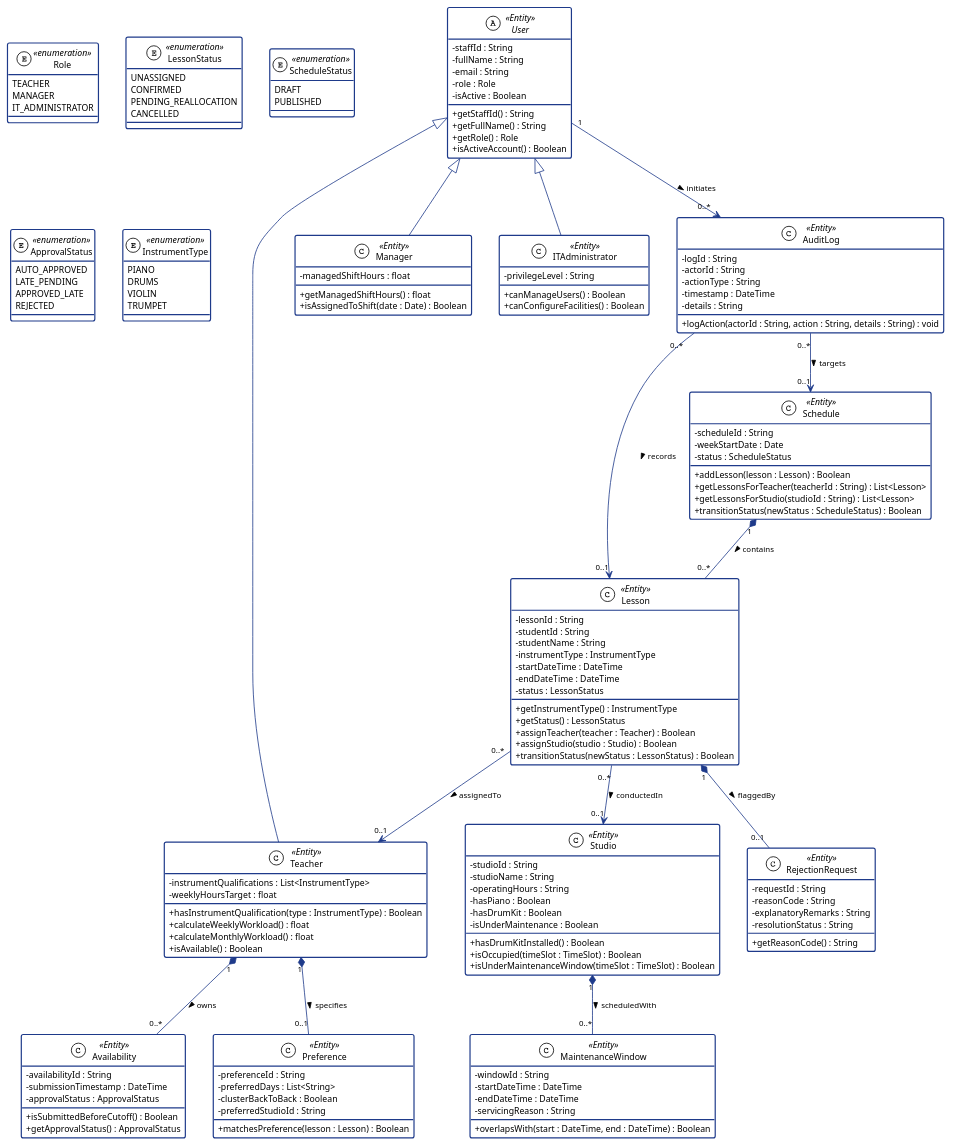
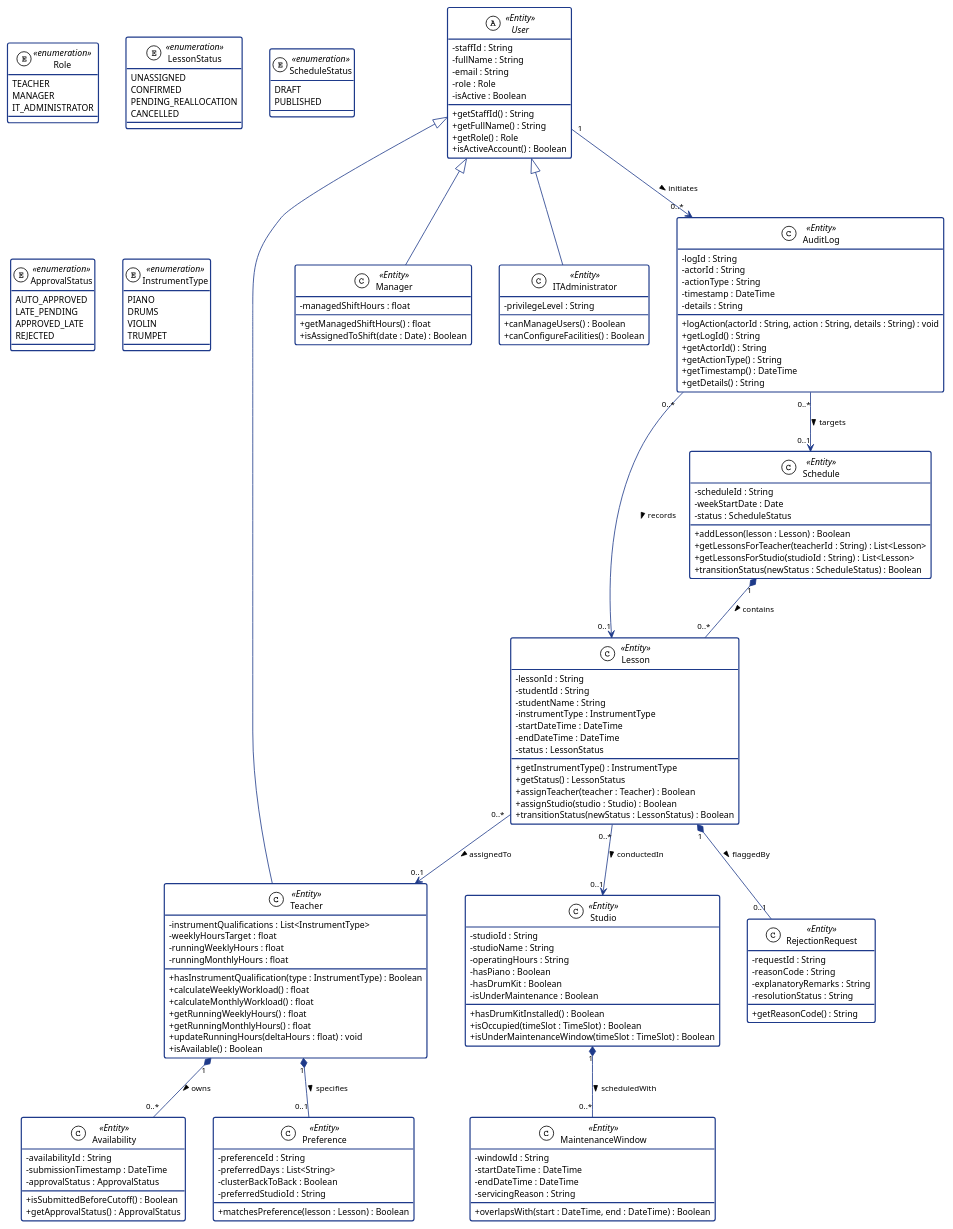
One commit to adoreblvnk/2001temp changed the diagram in report/assets/class_diagram_entities.puml. Above: the diagram before and after it, drawn with PlantUML. The commit also changed 11 other files, not shown here.

First line of the commit message:
feat(report): overhaul M1 requirements, diagrams, and traceability for A+ standard

```diff
--- a/report/assets/class_diagram_entities.puml
+++ b/report/assets/class_diagram_entities.puml
@@ -1,185 +1,195 @@
 @startuml class_diagram_entities
 !theme plain
 skinparam classAttributeIconSize 0
 skinparam shadowing false
 skinparam defaultFontName "Helvetica", "Arial", sans-serif
 skinparam defaultFontSize 11
 skinparam class {
     BackgroundColor #FFFFFF
     BorderColor #1E3A8A
     BorderThickness 1.5
 }
 skinparam arrow {
     Color #1E3A8A
     FontSize 10
 }
 skinparam enum {
     BackgroundColor #F8FAFC
     BorderColor #475569
 }
 
 ' ========== ENUMERATIONS ==========
 enum Role <<enumeration>> {
     TEACHER
     MANAGER
     IT_ADMINISTRATOR
 }
 
 enum LessonStatus <<enumeration>> {
     UNASSIGNED
     CONFIRMED
     PENDING_REALLOCATION
     CANCELLED
 }
 
 enum ScheduleStatus <<enumeration>> {
     DRAFT
     PUBLISHED
 }
 
 enum ApprovalStatus <<enumeration>> {
     AUTO_APPROVED
     LATE_PENDING
     APPROVED_LATE
     REJECTED
 }
 
 enum InstrumentType <<enumeration>> {
     PIANO
     DRUMS
     VIOLIN
     TRUMPET
 }
 
 ' ========== ENTITY CLASSES ==========
 abstract class User <<Entity>> {
     - staffId : String
     - fullName : String
     - email : String
     - role : Role
     - isActive : Boolean
     + getStaffId() : String
     + getFullName() : String
     + getRole() : Role
     + isActiveAccount() : Boolean
 }
 
 class Teacher <<Entity>> {
     - instrumentQualifications : List<InstrumentType>
     - weeklyHoursTarget : float
+    - runningWeeklyHours : float
+    - runningMonthlyHours : float
     + hasInstrumentQualification(type : InstrumentType) : Boolean
     + calculateWeeklyWorkload() : float
     + calculateMonthlyWorkload() : float
+    + getRunningWeeklyHours() : float
+    + getRunningMonthlyHours() : float
+    + updateRunningHours(deltaHours : float) : void
     + isAvailable() : Boolean
 }
 
 class Manager <<Entity>> {
     - managedShiftHours : float
     + getManagedShiftHours() : float
     + isAssignedToShift(date : Date) : Boolean
 }
 
 class ITAdministrator <<Entity>> {
     - privilegeLevel : String
     + canManageUsers() : Boolean
     + canConfigureFacilities() : Boolean
 }
 
 class Lesson <<Entity>> {
     - lessonId : String
     - studentId : String
     - studentName : String
     - instrumentType : InstrumentType
     - startDateTime : DateTime
     - endDateTime : DateTime
     - status : LessonStatus
     + getInstrumentType() : InstrumentType
     + getStatus() : LessonStatus
     + assignTeacher(teacher : Teacher) : Boolean
     + assignStudio(studio : Studio) : Boolean
     + transitionStatus(newStatus : LessonStatus) : Boolean
 }
 
 class Studio <<Entity>> {
     - studioId : String
     - studioName : String
     - operatingHours : String
     - hasPiano : Boolean
     - hasDrumKit : Boolean
     - isUnderMaintenance : Boolean
     + hasDrumKitInstalled() : Boolean
     + isOccupied(timeSlot : TimeSlot) : Boolean
     + isUnderMaintenanceWindow(timeSlot : TimeSlot) : Boolean
 }
 
 class MaintenanceWindow <<Entity>> {
     - windowId : String
     - startDateTime : DateTime
     - endDateTime : DateTime
     - servicingReason : String
     + overlapsWith(start : DateTime, end : DateTime) : Boolean
 }
 
 class Schedule <<Entity>> {
     - scheduleId : String
     - weekStartDate : Date
     - status : ScheduleStatus
     + addLesson(lesson : Lesson) : Boolean
     + getLessonsForTeacher(teacherId : String) : List<Lesson>
     + getLessonsForStudio(studioId : String) : List<Lesson>
     + transitionStatus(newStatus : ScheduleStatus) : Boolean
 }
 
 class Availability <<Entity>> {
     - availabilityId : String
     - submissionTimestamp : DateTime
     - approvalStatus : ApprovalStatus
     + isSubmittedBeforeCutoff() : Boolean
     + getApprovalStatus() : ApprovalStatus
 }
 
 class Preference <<Entity>> {
     - preferenceId : String
     - preferredDays : List<String>
     - clusterBackToBack : Boolean
     - preferredStudioId : String
     + matchesPreference(lesson : Lesson) : Boolean
 }
 
 class RejectionRequest <<Entity>> {
     - requestId : String
     - reasonCode : String
     - explanatoryRemarks : String
     - resolutionStatus : String
     + getReasonCode() : String
 }
 
 class AuditLog <<Entity>> {
     - logId : String
     - actorId : String
     - actionType : String
     - timestamp : DateTime
     - details : String
     + logAction(actorId : String, action : String, details : String) : void
+    + getLogId() : String
+    + getActorId() : String
+    + getActionType() : String
+    + getTimestamp() : DateTime
+    + getDetails() : String
 }
 
 ' ========== INHERITANCE ==========
 User <|-- Teacher
 User <|-- Manager
 User <|-- ITAdministrator
 
 ' ========== COMPOSITION ==========
 Schedule "1" *-- "0..*" Lesson : contains >
 Teacher "1" *-- "0..*" Availability : owns >
 Teacher "1" *-- "0..1" Preference : specifies >
 Studio "1" *-- "0..*" MaintenanceWindow : scheduledWith >
 Lesson "1" *-- "0..1" RejectionRequest : flaggedBy >
 
 ' ========== ASSOCIATION ==========
 Lesson "0..*" --> "0..1" Teacher : assignedTo >
 Lesson "0..*" --> "0..1" Studio : conductedIn >
 User "1" --> "0..*" AuditLog : initiates >
 AuditLog "0..*" --> "0..1" Schedule : targets >
 AuditLog "0..*" --> "0..1" Lesson : records >
 
 @enduml
```
